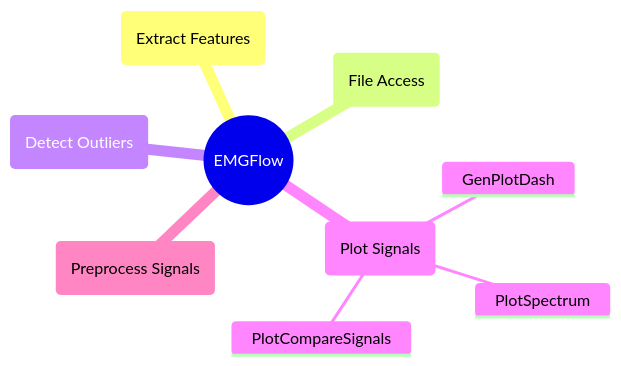
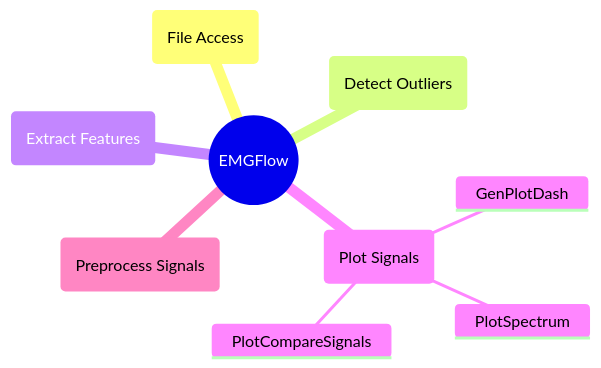
Before and after one commit to WiIIson/EMGFlow-Python-Package: the diagram in docs/reference/plot-signals.md, drawn with Mermaid. The commit also changed other lines of this file and 8 other files, not shown here.

````diff
--- a/docs/reference/plot-signals.md
+++ b/docs/reference/plot-signals.md
@@ -7,12 +7,12 @@
 ```mermaid
 mindmap
     root((EMGFlow))
-        EF(Extract Features)
         FA(File Access)
         DO(Detect Outliers)
+        EF(Extract Features)
         PlS(Plot Signals)
             GenPlotDash
             PlotSpectrum
             PlotCompareSignals
         PrS(Preprocess Signals)
 ```
````
